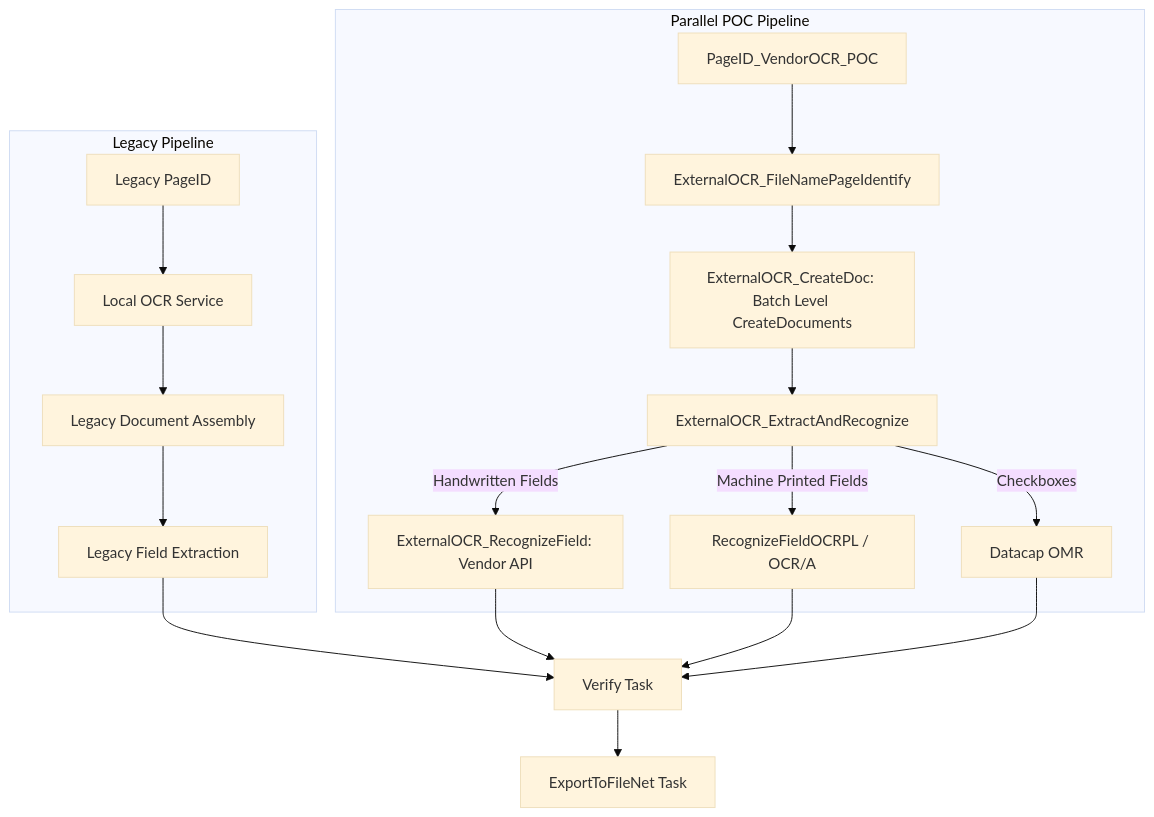
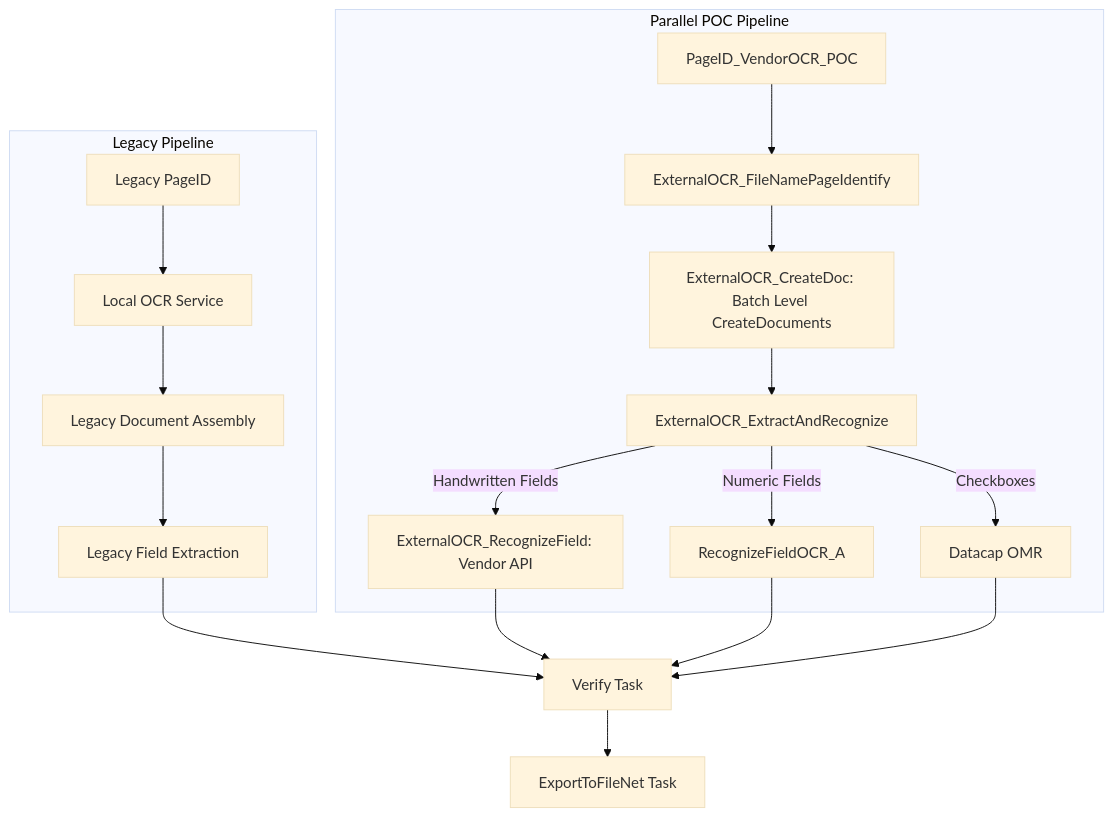
One commit to malakelsamman/IBM-Datacap-Skill changed the diagram in .bob/skills/datacap-parallel-pipeline-migration/SKILL.md. Above: the diagram before and after it, drawn with Mermaid (base theme). The commit also changed other lines of this file and 17 other files, not shown here.

````diff
--- a/.bob/skills/datacap-parallel-pipeline-migration/SKILL.md
+++ b/.bob/skills/datacap-parallel-pipeline-migration/SKILL.md
@@ -28,23 +28,23 @@
 ```mermaid
 graph TD
     subgraph Legacy Pipeline
         L1[Legacy PageID] --> L2[Local OCR Service]
         L2 --> L3[Legacy Document Assembly]
         L3 --> L4[Legacy Field Extraction]
     end
 
     subgraph Parallel POC Pipeline
         P1[PageID_VendorOCR_POC] --> P2[ExternalOCR_FileNamePageIdentify]
         P2 --> P3[ExternalOCR_CreateDoc: Batch Level CreateDocuments]
         P3 --> P4[ExternalOCR_ExtractAndRecognize]
         P4 -->|Handwritten Fields| P5[ExternalOCR_RecognizeField: Vendor API]
-        P4 -->|Machine Printed Fields| P6[RecognizeFieldOCRPL / OCR/A]
+        P4 -->|Numeric Fields| P6[RecognizeFieldOCR_A]
         P4 -->|Checkboxes| P7[Datacap OMR]
     end
 
     L4 --> V[Verify Task]
     P5 --> V
     P6 --> V
     P7 --> V
     V --> E[ExportToFileNet Task]
 ```
````
